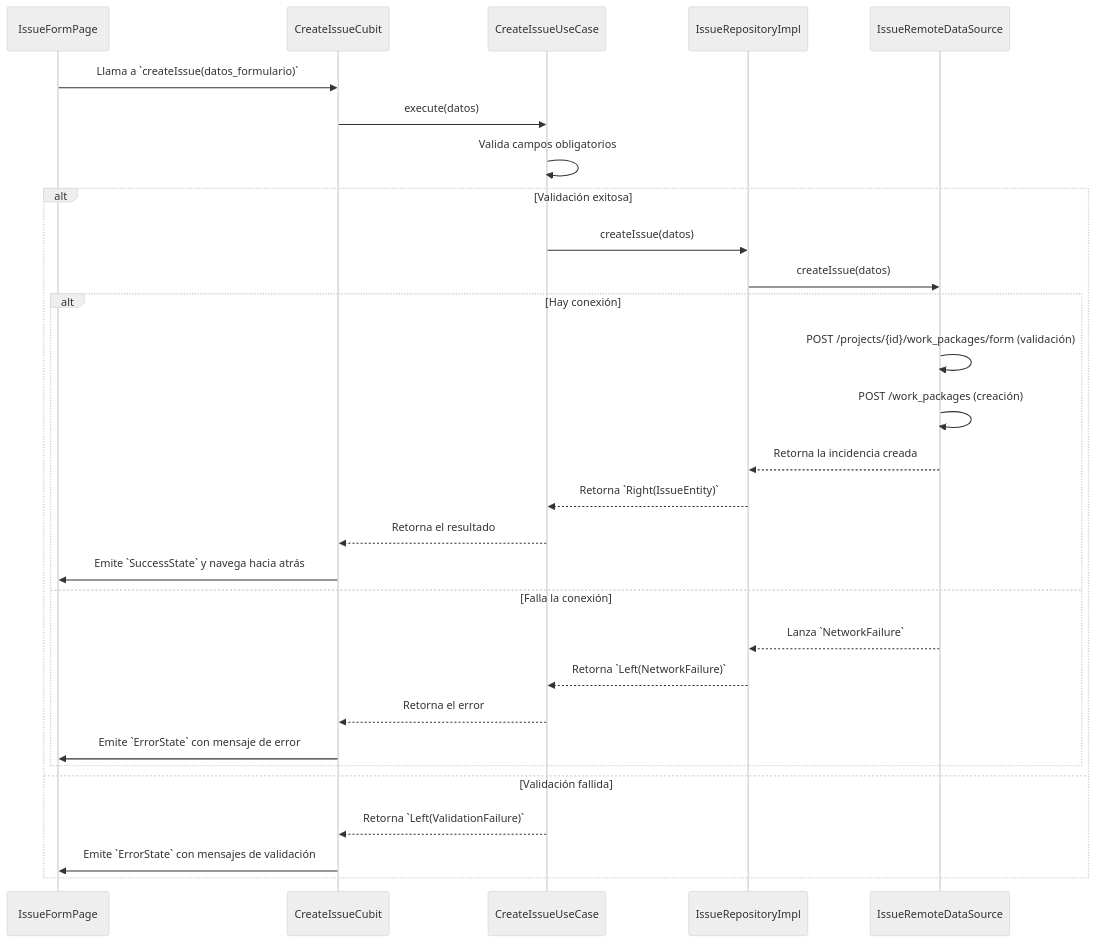
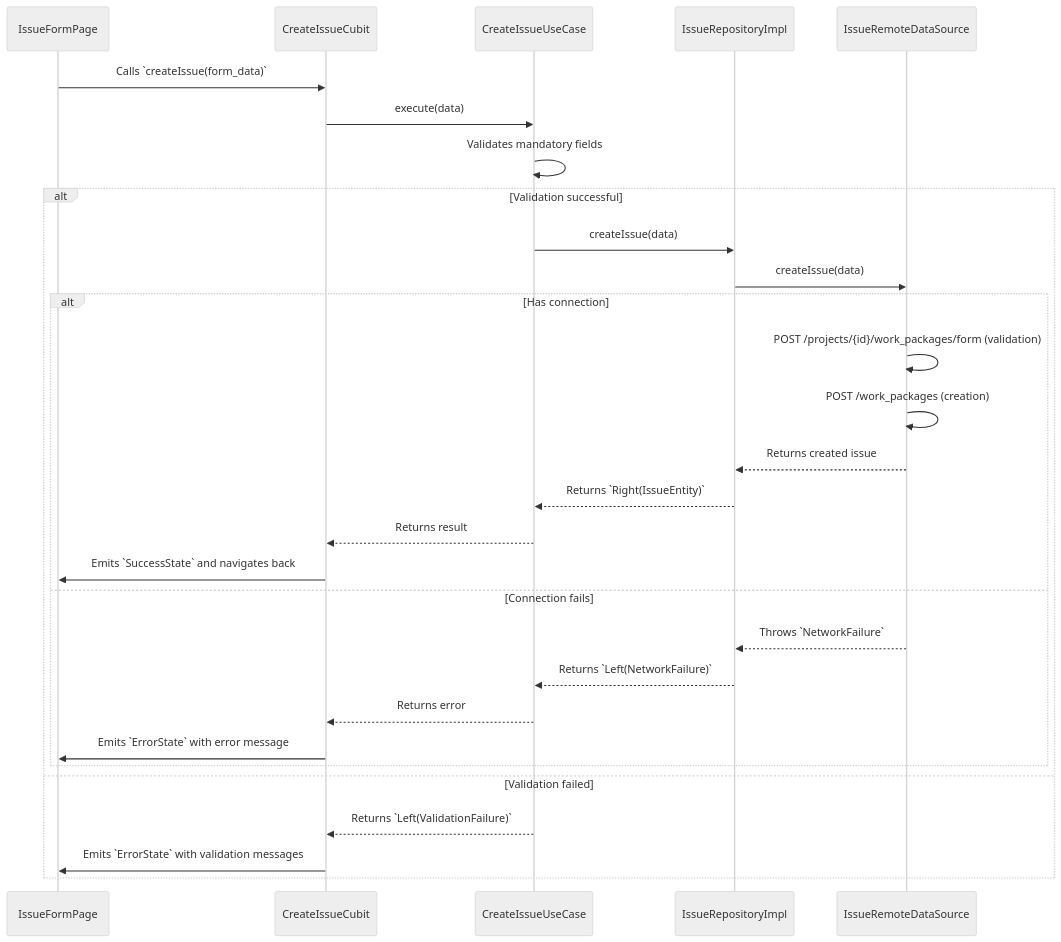
One commit to danibeni/SIREN_APP changed the sixth of 9 diagrams in docs/SIREN_PROJECT_OVERVIEW.md. Above: the diagram before and after it, drawn with Mermaid (neutral theme). The commit also changed other lines of this file and 4 other files, not shown here.

````diff
--- a/docs/SIREN_PROJECT_OVERVIEW.md
+++ b/docs/SIREN_PROJECT_OVERVIEW.md
@@ -277,35 +277,35 @@
 ```mermaid
 sequenceDiagram
     participant UI as IssueFormPage
     participant Cubit as CreateIssueCubit
     participant UC as CreateIssueUseCase
     participant Repo as IssueRepositoryImpl
     participant RemoteDS as IssueRemoteDataSource
 
-    UI->>Cubit: Llama a `createIssue(datos_formulario)`
-    Cubit->>UC: execute(datos)
+    UI->>Cubit: Calls `createIssue(form_data)`
+    Cubit->>UC: execute(data)
     
-    UC->>UC: Valida campos obligatorios
+    UC->>UC: Validates mandatory fields
     
-    alt Validación exitosa
-        UC->>Repo: createIssue(datos)
-        Repo->>RemoteDS: createIssue(datos)
+    alt Validation successful
+        UC->>Repo: createIssue(data)
+        Repo->>RemoteDS: createIssue(data)
         
-        alt Hay conexión
-            RemoteDS->>RemoteDS: POST /projects/{id}/work_packages/form (validación)
-            RemoteDS->>RemoteDS: POST /work_packages (creación)
-            RemoteDS-->>Repo: Retorna la incidencia creada
-            Repo-->>UC: Retorna `Right(IssueEntity)`
-            UC-->>Cubit: Retorna el resultado
-            Cubit->>UI: Emite `SuccessState` y navega hacia atrás
-        else Falla la conexión
-            RemoteDS-->>Repo: Lanza `NetworkFailure`
-            Repo-->>UC: Retorna `Left(NetworkFailure)`
-            UC-->>Cubit: Retorna el error
-            Cubit->>UI: Emite `ErrorState` con mensaje de error
+        alt Has connection
+            RemoteDS->>RemoteDS: POST /projects/{id}/work_packages/form (validation)
+            RemoteDS->>RemoteDS: POST /work_packages (creation)
+            RemoteDS-->>Repo: Returns created issue
+            Repo-->>UC: Returns `Right(IssueEntity)`
+            UC-->>Cubit: Returns result
+            Cubit->>UI: Emits `SuccessState` and navigates back
+        else Connection fails
+            RemoteDS-->>Repo: Throws `NetworkFailure`
+            Repo-->>UC: Returns `Left(NetworkFailure)`
+            UC-->>Cubit: Returns error
+            Cubit->>UI: Emits `ErrorState` with error message
         end
-    else Validación fallida
-        UC-->>Cubit: Retorna `Left(ValidationFailure)`
-        Cubit->>UI: Emite `ErrorState` con mensajes de validación
+    else Validation failed
+        UC-->>Cubit: Returns `Left(ValidationFailure)`
+        Cubit->>UI: Emits `ErrorState` with validation messages
     end
 ```
````
